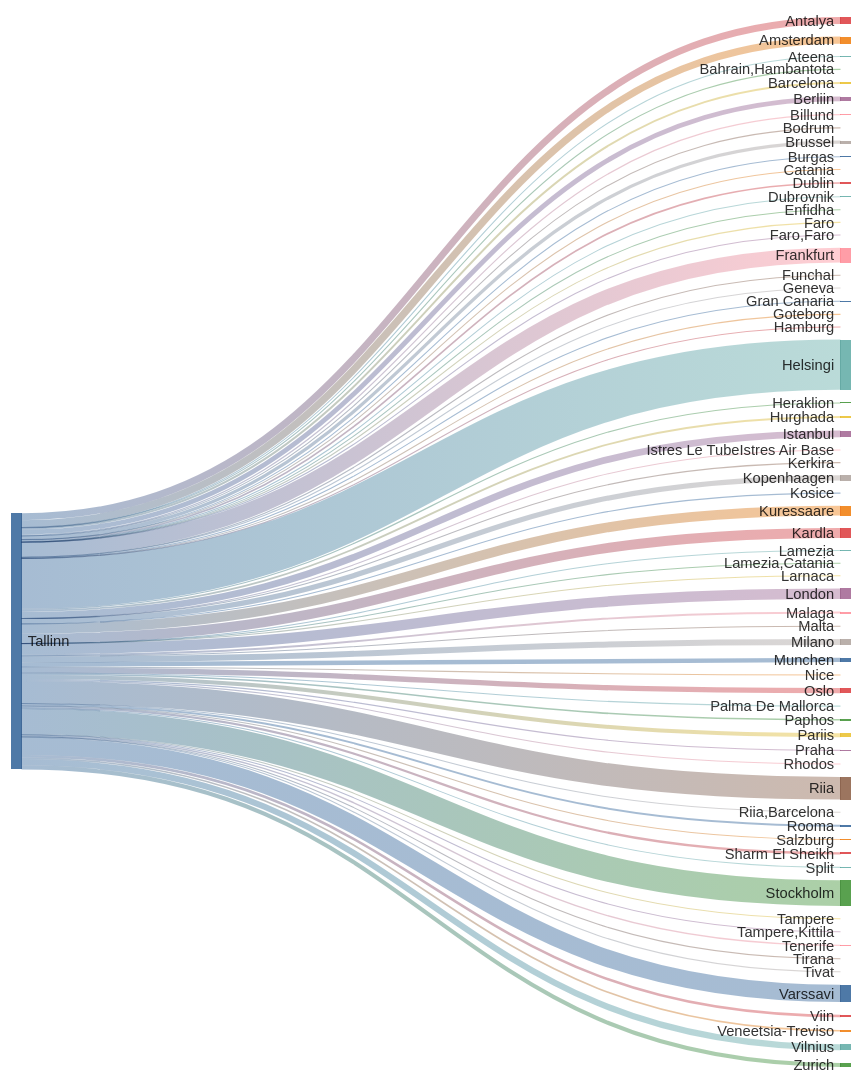
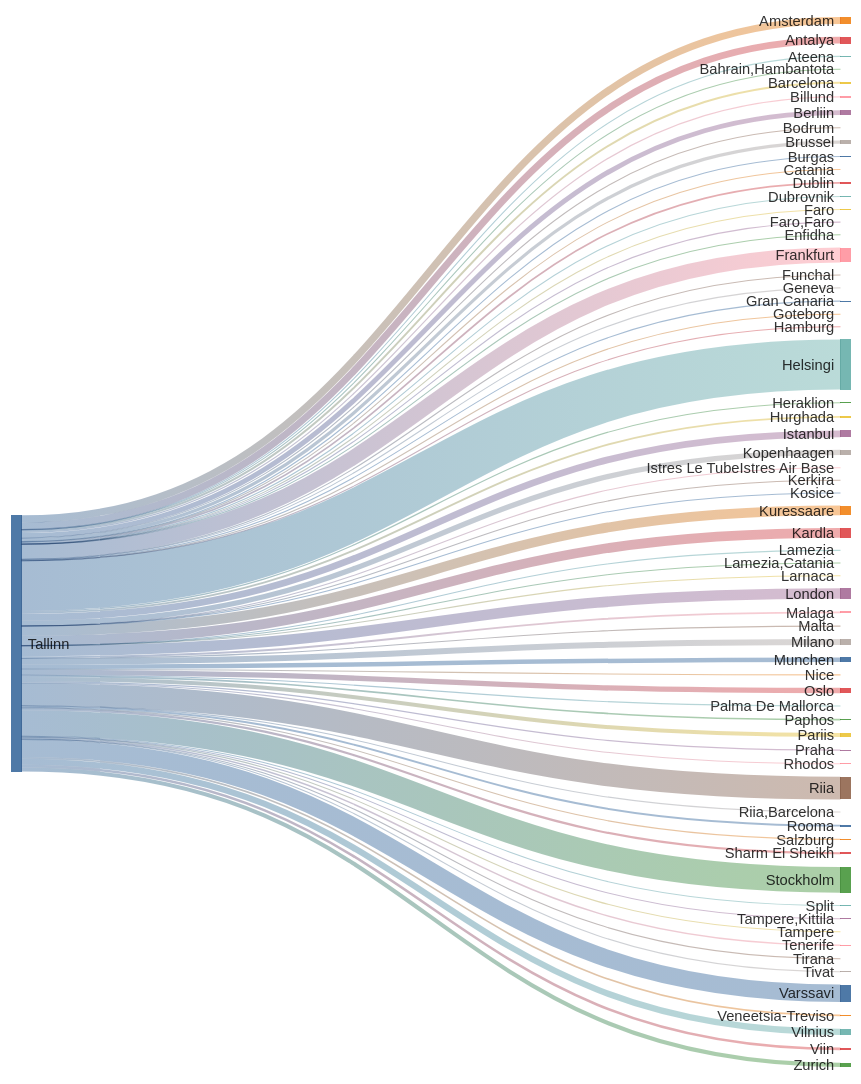
Before and after one commit to rainermesi/tll-airport-departures: the second of 2 diagrams in README.md, drawn with Mermaid. The commit also changed other lines of this file, not shown here.

````diff
--- a/README.md
+++ b/README.md
@@ -34,77 +34,77 @@
 ```mermaid
 ---
 config:
   sankey:
     showValues: false
     width: 800
     height: 1000
 ---
 sankey-beta
 %% source,target,value
-Tallinn,Amsterdam,295
+Tallinn,Amsterdam,296
 Tallinn,Antalya,283
 Tallinn,Ateena,16
 Tallinn,"Bahrain,Hambantota",1
 Tallinn,Barcelona,80
-Tallinn,Berliin,198
+Tallinn,Berliin,200
 Tallinn,Billund,49
 Tallinn,Bodrum,11
-Tallinn,Brussel,132
+Tallinn,Brussel,133
 Tallinn,Burgas,21
 Tallinn,Catania,2
-Tallinn,Dublin,68
+Tallinn,Dublin,69
 Tallinn,Dubrovnik,21
 Tallinn,Enfidha,7
 Tallinn,Faro,4
 Tallinn,"Faro,Faro",1
-Tallinn,Frankfurt,611
+Tallinn,Frankfurt,613
 Tallinn,Funchal,5
 Tallinn,Geneva,13
 Tallinn,Gran Canaria,38
 Tallinn,Goteborg,1
 Tallinn,Hamburg,2
-Tallinn,Helsingi,2056
-Tallinn,Heraklion,46
+Tallinn,Helsingi,2064
+Tallinn,Heraklion,47
 Tallinn,Hurghada,75
-Tallinn,Istanbul,278
+Tallinn,Istanbul,279
 Tallinn,Istres Le TubeIstres Air Base,2
 Tallinn,Kerkira,4
-Tallinn,Kopenhaagen,215
+Tallinn,Kopenhaagen,217
 Tallinn,Kosice,1
-Tallinn,Kuressaare,401
-Tallinn,Kardla,401
+Tallinn,Kuressaare,402
+Tallinn,Kardla,402
 Tallinn,Lamezia,1
 Tallinn,"Lamezia,Catania",3
 Tallinn,Larnaca,4
-Tallinn,London,430
+Tallinn,London,432
 Tallinn,Malaga,79
 Tallinn,Malta,15
-Tallinn,Milano,245
-Tallinn,Munchen,183
+Tallinn,Milano,246
+Tallinn,Munchen,185
 Tallinn,Nice,25
-Tallinn,Oslo,219
+Tallinn,Oslo,221
 Tallinn,Palma De Mallorca,19
 Tallinn,Paphos,66
-Tallinn,Pariis,163
-Tallinn,Praha,49
+Tallinn,Pariis,164
+Tallinn,Praha,50
 Tallinn,Rhodos,32
-Tallinn,Riia,928
+Tallinn,Riia,931
 Tallinn,"Riia,Barcelona",1
 Tallinn,Rooma,80
 Tallinn,Salzburg,14
 Tallinn,Sharm El Sheikh,91
 Tallinn,Split,25
-Tallinn,Stockholm,1052
+Tallinn,Stockholm,1057
 Tallinn,Tampere,17
 Tallinn,"Tampere,Kittila",21
 Tallinn,Tenerife,58
 Tallinn,Tirana,8
 Tallinn,Tivat,26
-Tallinn,Varssavi,712
+Tallinn,Varssavi,715
 Tallinn,Veneetsia-Treviso,67
 Tallinn,Viin,106
-Tallinn,Vilnius,253
+Tallinn,Vilnius,254
 Tallinn,Zurich,170
 
 
 ```
````
